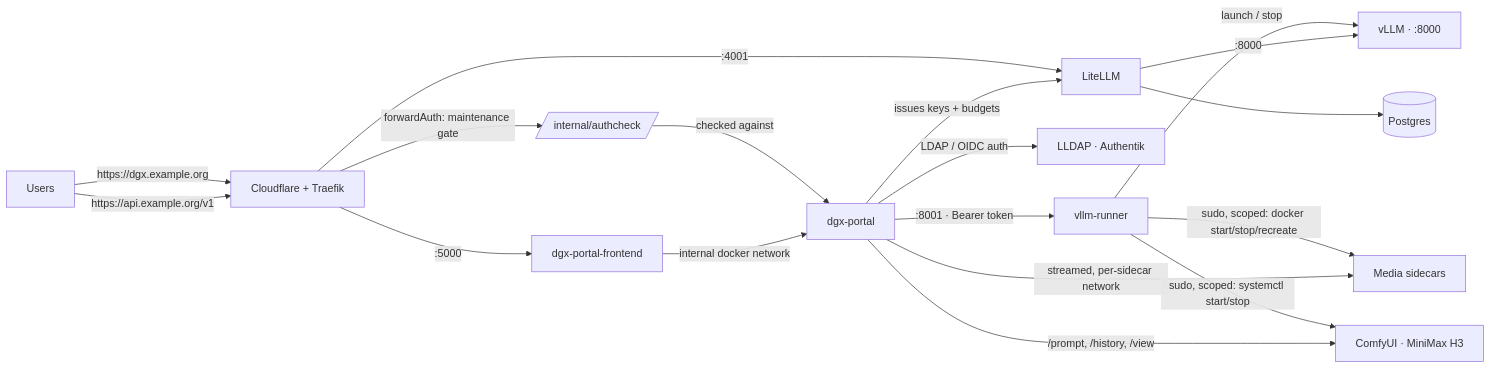
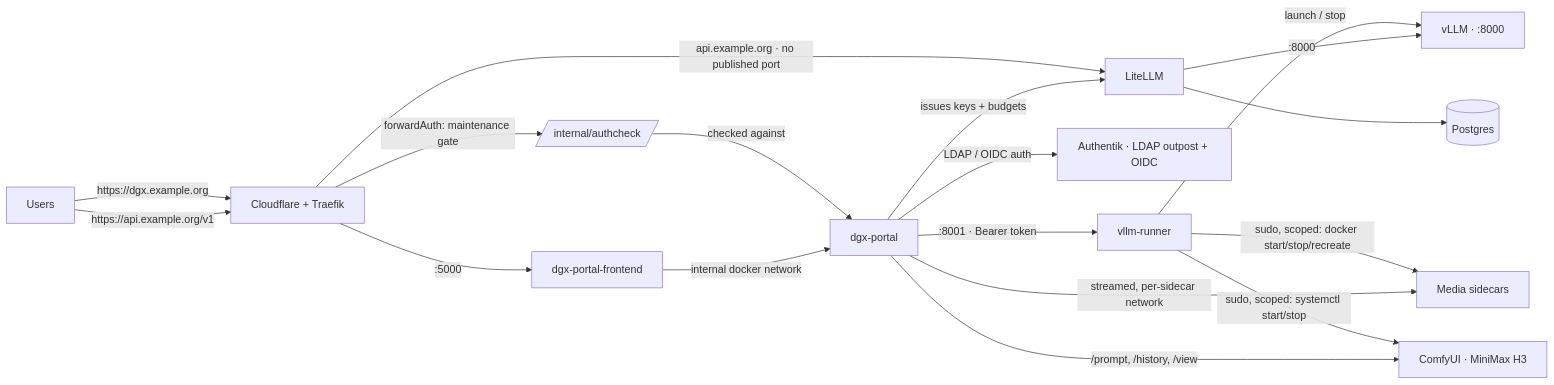
Before and after one commit to Sunderrrr/dgx-spark-llm-platform: the diagram in README.md, drawn with Mermaid. The commit also changed other lines of this file and 2 other files, not shown here.

First line of the commit message:
docs: complete .env.example, drop the dead LLDAP name

````diff
--- a/README.md
+++ b/README.md
@@ -62,20 +62,20 @@
 ```mermaid
 flowchart LR
   U[Users] -->|https://dgx.example.org| CF[Cloudflare + Traefik]
   U -->|https://api.example.org/v1| CF
   CF -->|forwardAuth: maintenance gate| AC[/internal/authcheck/]
   AC -->|checked against| P
   CF -->|:5000| F[dgx-portal-frontend]
-  CF -->|:4001| L[LiteLLM]
+  CF -->|api.example.org · no published port| L[LiteLLM]
   F -->|internal docker network| P[dgx-portal]
-  P -->|LDAP / OIDC auth| IDP[LLDAP · Authentik]
+  P -->|LDAP / OIDC auth| IDP[Authentik · LDAP outpost + OIDC]
   P -->|issues keys + budgets| L
   P -->|:8001 · Bearer token| R[vllm-runner]
   R -->|launch / stop| V[vLLM · :8000]
   R -->|sudo, scoped: docker start/stop/recreate| S[Media sidecars]
   R -->|sudo, scoped: systemctl start/stop| CU[ComfyUI · MiniMax H3]
   L -->|:8000| V
   L --> PG[(Postgres)]
   P -->|streamed, per-sidecar network| S
   P -->|/prompt, /history, /view| CU
 ```
````
